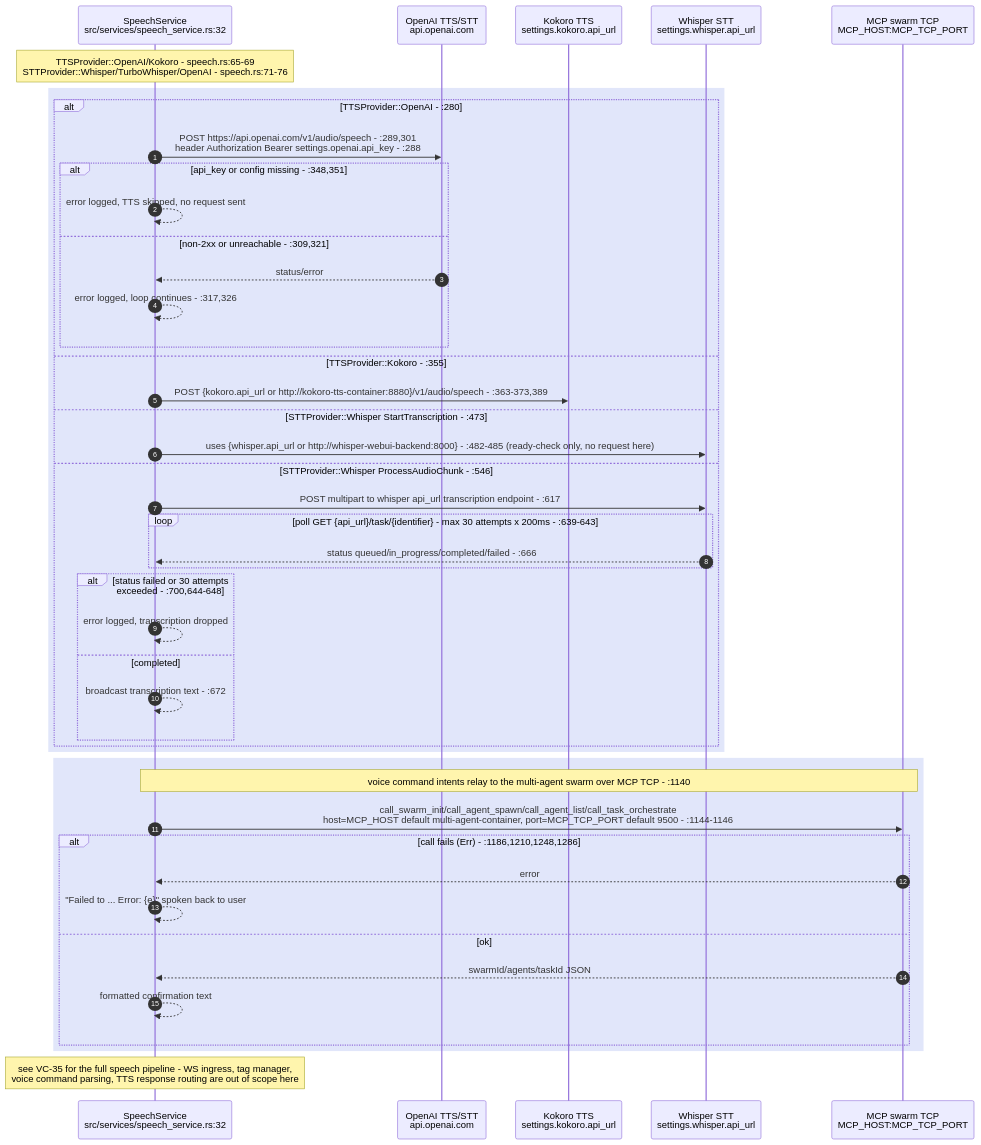
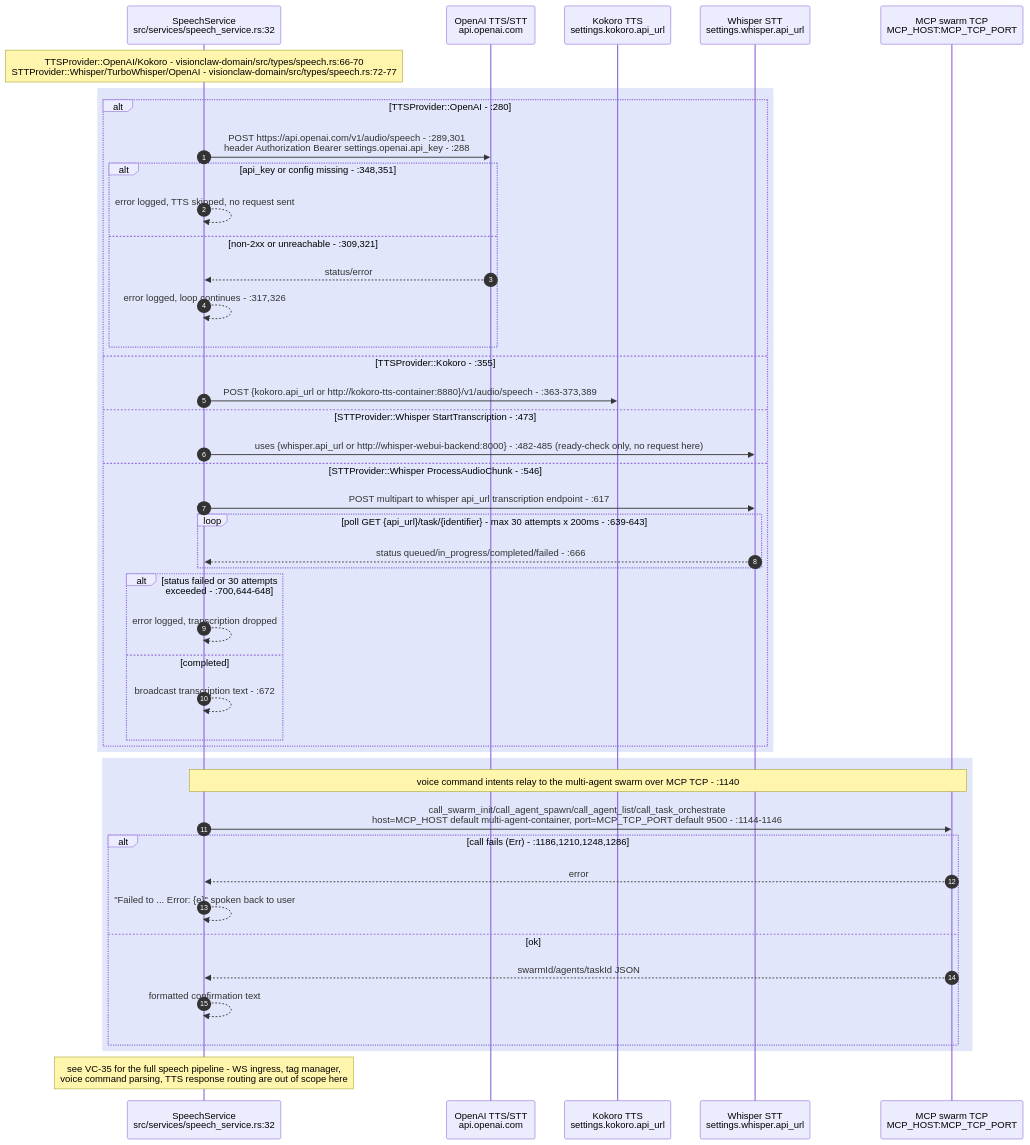
Before and after one commit to DreamLab-AI/VisionFlow: the seventh of 9 diagrams in docs/diagrams/visionclaw/28-external-services.md, drawn with Mermaid. The commit also changed other lines of this file and 185 other files, not shown here.

Commit message:
docs(estate): reconcile diagrams and ADRs with source and define closeout sprint

````diff
--- a/docs/diagrams/visionclaw/28-external-services.md
+++ b/docs/diagrams/visionclaw/28-external-services.md
@@ -331,51 +334,51 @@
 ```mermaid
 sequenceDiagram
     autonumber
     participant SS as SpeechService<br/>src/services/speech_service.rs:32
     participant OAI as OpenAI TTS/STT<br/>api.openai.com
     participant KOK as Kokoro TTS<br/>settings.kokoro.api_url
     participant WHI as Whisper STT<br/>settings.whisper.api_url
     participant MCP as MCP swarm TCP<br/>MCP_HOST:MCP_TCP_PORT
 
-    Note over SS: TTSProvider::OpenAI/Kokoro - speech.rs:65-69<br/>STTProvider::Whisper/TurboWhisper/OpenAI - speech.rs:71-76
+    Note over SS: TTSProvider::OpenAI/Kokoro - visionclaw-domain/src/types/speech.rs:66-70<br/>STTProvider::Whisper/TurboWhisper/OpenAI - visionclaw-domain/src/types/speech.rs:72-77
 
     rect rgb(225,230,250)
     alt TTSProvider::OpenAI - :280
         SS->>OAI: POST https://api.openai.com/v1/audio/speech - :289,301<br/>header Authorization Bearer settings.openai.api_key - :288
         alt api_key or config missing - :348,351
             SS-->>SS: error logged, TTS skipped, no request sent
         else non-2xx or unreachable - :309,321
             OAI-->>SS: status/error
             SS-->>SS: error logged, loop continues - :317,326
         end
     else TTSProvider::Kokoro - :355
         SS->>KOK: POST {kokoro.api_url or http://kokoro-tts-container:8880}/v1/audio/speech - :363-373,389
     else STTProvider::Whisper StartTranscription - :473
         SS->>WHI: uses {whisper.api_url or http://whisper-webui-backend:8000} - :482-485 (ready-check only, no request here)
     else STTProvider::Whisper ProcessAudioChunk - :546
         SS->>WHI: POST multipart to whisper api_url transcription endpoint - :617
         loop poll GET {api_url}/task/{identifier} - max 30 attempts x 200ms - :639-643
             WHI-->>SS: status queued/in_progress/completed/failed - :666
         end
         alt status failed or 30 attempts exceeded - :700,644-648
             SS-->>SS: error logged, transcription dropped
         else completed
             SS-->>SS: broadcast transcription text - :672
         end
     end
     end
 
     rect rgb(225,230,250)
     Note over SS,MCP: voice command intents relay to the multi-agent swarm over MCP TCP - :1140
     SS->>MCP: call_swarm_init/call_agent_spawn/call_agent_list/call_task_orchestrate<br/>host=MCP_HOST default multi-agent-container, port=MCP_TCP_PORT default 9500 - :1144-1146
     alt call fails (Err) - :1186,1210,1248,1286
         MCP-->>SS: error
         SS-->>SS: "Failed to ... Error: {e}" spoken back to user
     else ok
         MCP-->>SS: swarmId/agents/taskId JSON
         SS-->>SS: formatted confirmation text
     end
     end
 
     Note over SS: see VC-35 for the full speech pipeline - WS ingress, tag manager,<br/>voice command parsing, TTS response routing are out of scope here
 ```
````
